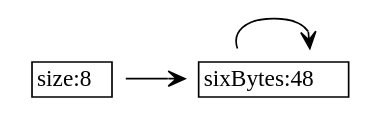
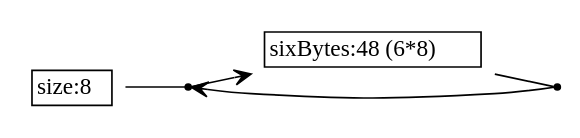
The diagram in src/genrepeat/genrepeat-spec.dot (sireum/bitcodec-examples), drawn with Graphviz before and after one commit. The commit also changed 9 other files, not shown here.

```diff
--- a/src/genrepeat/genrepeat-spec.dot
+++ b/src/genrepeat/genrepeat-spec.dot
@@ -1,19 +1,23 @@
 digraph G {
   rankdir = LR;
   node [shape=plaintext];
   edge [arrowhead=vee];
 
   n0 [label=<
     <TABLE BORDER="0" CELLBORDER="1" CELLSPACING="0">
       <TR><TD>size:8</TD></TR>
     </TABLE>
   >];
-  n1 [label=<
+  n1 [shape=point];
+  n2 [label=<
     <TABLE BORDER="0" CELLBORDER="1" CELLSPACING="0">
-      <TR><TD>sixBytes:48</TD></TR>
+      <TR><TD>sixBytes:48 (6*8)</TD></TR>
     </TABLE>
   >];
+  n3 [shape=point];
 
-  n1 -> n1;
-  n0 -> n1;
+  n3 -> n1;
+  n0 -> n1 [arrowhead=none];
+  n1 -> n2;
+  n2 -> n3 [arrowhead=none];
 }
```
